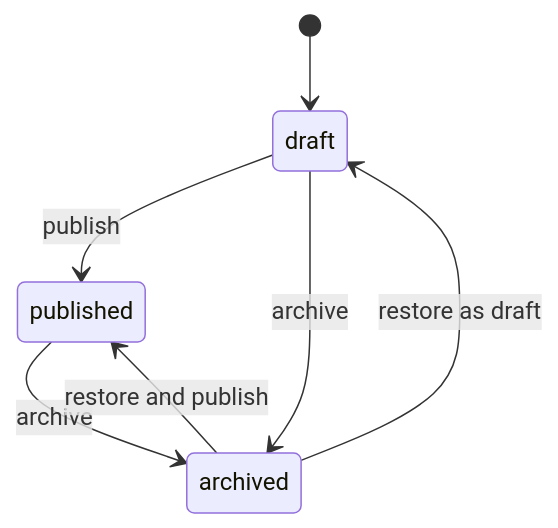
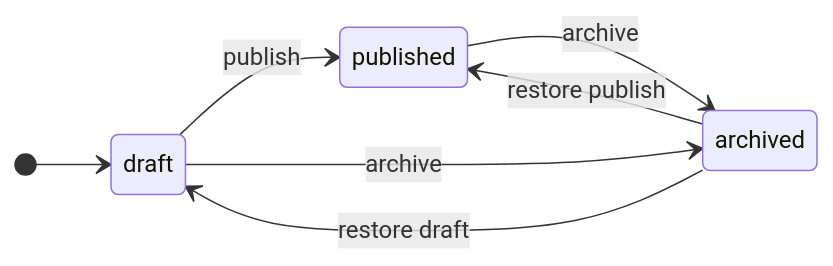
One commit to akhmetovKamil/useContent changed the second of 2 diagrams in documentation/data-model/index.md. Above: the diagram before and after it, drawn with Mermaid. The commit also changed 2 other files, not shown here.

Commit message:
Tighten documentation navigation styles

````diff
--- a/documentation/data-model/index.md
+++ b/documentation/data-model/index.md
@@ -100,9 +100,10 @@
 ```mermaid
 stateDiagram-v2
+    direction LR
     [*] --> draft
     draft --> published: publish
     draft --> archived: archive
     published --> archived: archive
-    archived --> draft: restore as draft
-    archived --> published: restore and publish
+    archived --> draft: restore draft
+    archived --> published: restore publish
 ```
````
